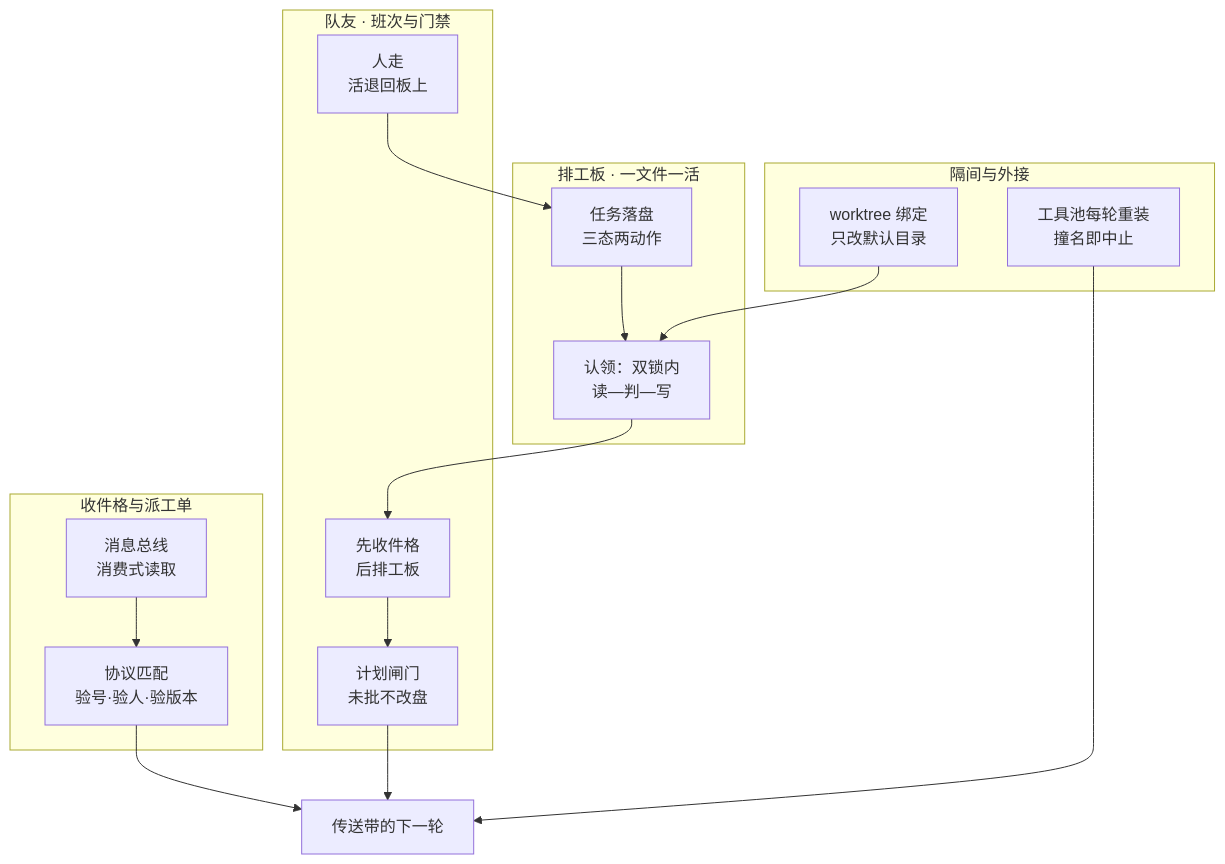
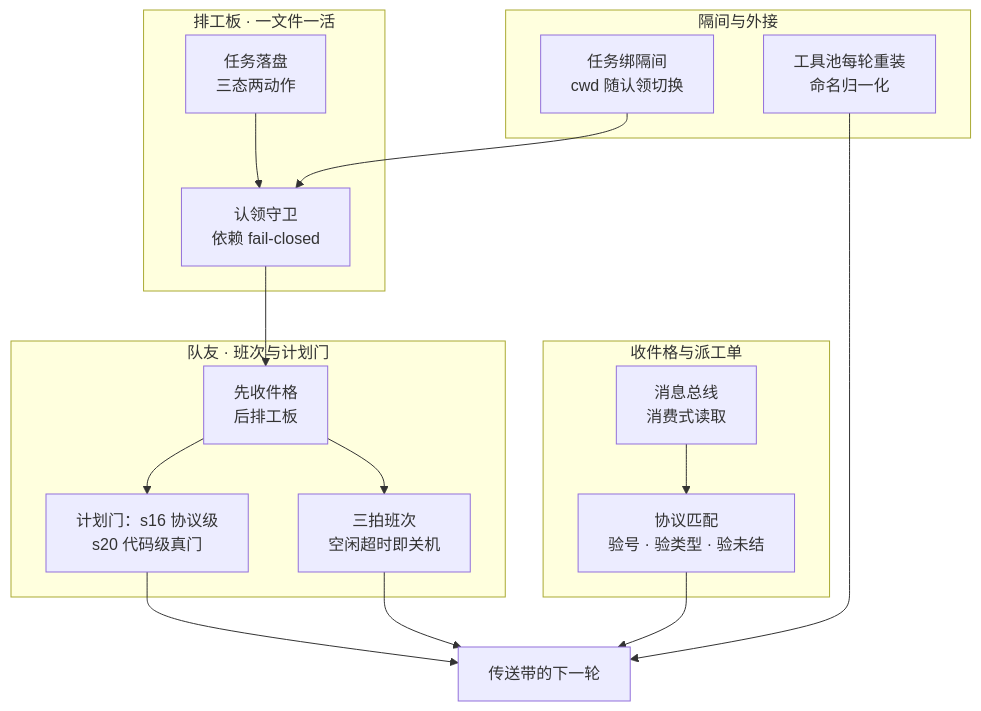
Before and after one commit to ThreeFish-AI/negentropy: the diagram in docs/assets/mermaid/agent-harness/claude-code-multiagent--collab-panorama.mmd, drawn with Mermaid. The commit also changed 23 other files, not shown here.

```diff
--- a/docs/assets/mermaid/agent-harness/claude-code-multiagent--collab-panorama.mmd
+++ b/docs/assets/mermaid/agent-harness/claude-code-multiagent--collab-panorama.mmd
@@ -1,32 +1,33 @@
 %% source: docs/research/agent-harness/175-claude-code-multi-agent-platform.md §2
 %% slug: claude-code-multiagent--collab-panorama
 %% type: workflow
 %% derived: docs/assets/architecture/agent-harness/claude-code-multiagent--collab-panorama.html
 flowchart TD
     subgraph S1["排工板 · 一文件一活"]
         A1["任务落盘<br/>三态两动作"]
-        A2["认领：双锁内<br/>读—判—写"]
+        A2["认领守卫<br/>依赖 fail-closed"]
     end
     subgraph S2["收件格与派工单"]
         B1["消息总线<br/>消费式读取"]
-        B2["协议匹配<br/>验号·验人·验版本"]
+        B2["协议匹配<br/>验号 · 验类型 · 验未结"]
     end
-    subgraph S3["队友 · 班次与门禁"]
+    subgraph S3["队友 · 班次与计划门"]
         C1["先收件格<br/>后排工板"]
-        C2["计划闸门<br/>未批不改盘"]
-        C3["人走<br/>活退回板上"]
+        C2["计划门：s16 协议级<br/>s20 代码级真门"]
+        C3["三拍班次<br/>空闲超时即关机"]
     end
     subgraph S4["隔间与外接"]
-        D1["worktree 绑定<br/>只改默认目录"]
-        D2["工具池每轮重装<br/>撞名即中止"]
+        D1["任务绑隔间<br/>cwd 随认领切换"]
+        D2["工具池每轮重装<br/>命名归一化"]
     end
     A1 --> A2
     A2 --> C1
     B1 --> B2
     C1 --> C2
-    C3 --> A1
+    C1 --> C3
+    C3 --> Z
     D1 --> A2
     B2 --> Z
     C2 --> Z
     D2 --> Z
     Z["传送带的下一轮"]
```
